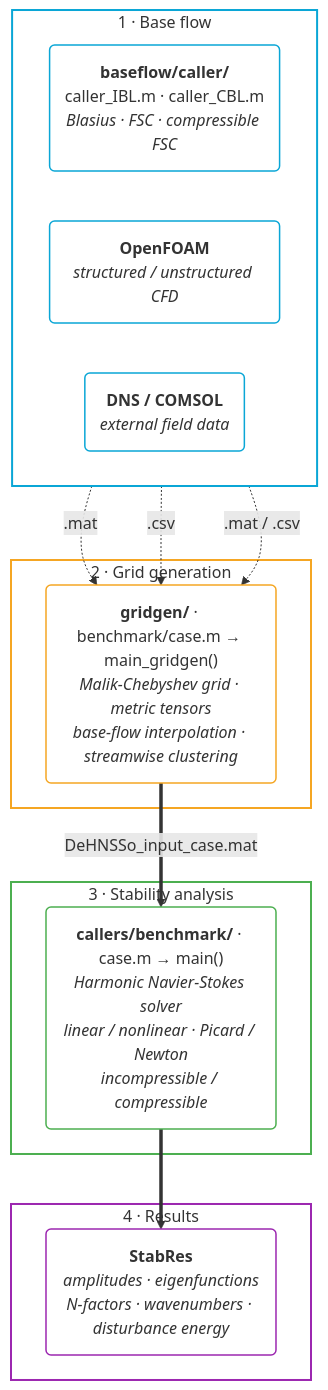
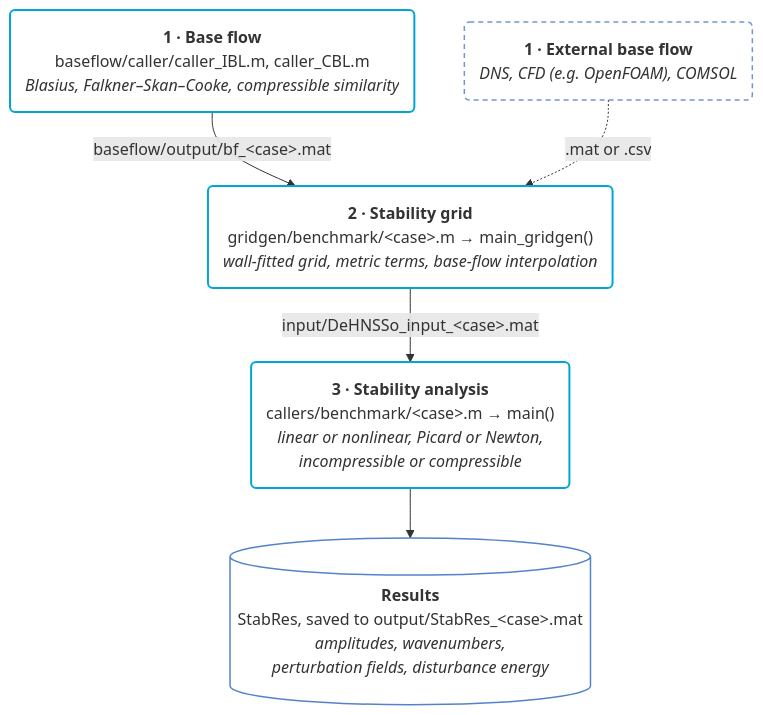
One commit to pcboldini/DeHNSSo changed the diagram in README.md. Above: the diagram before and after it, drawn with Mermaid. The commit also changed other lines of this file and 13 other files, not shown here.

````diff
--- a/README.md
+++ b/README.md
@@ -195,37 +108,18 @@
 ```mermaid
+%%{init: {"flowchart": {"wrappingWidth": 400}}}%%
 flowchart TD
-    classDef inNode fill:none,stroke:#0aa6d6,stroke-width:1.5px;
-    classDef gridNode fill:none,stroke:#f5a623,stroke-width:1.5px;
-    classDef solveNode fill:none,stroke:#4caf50,stroke-width:1.5px;
-    classDef outNode fill:none,stroke:#9c27b0,stroke-width:1.5px;
+    classDef step fill:none,stroke:#00A6D6,stroke-width:2px;
+    classDef ext fill:none,stroke:#6F96D1,stroke-width:1.5px,stroke-dasharray:5 4;
+    classDef res fill:none,stroke:#5583C9,stroke-width:1.5px;
 
-    subgraph S1 ["1 · Base flow"]
-        direction LR
-        IBL("<b>baseflow/caller/</b><br/>caller_IBL.m · caller_CBL.m<br/><i>Blasius · FSC · compressible FSC</i>"):::inNode
-        OF("<b>OpenFOAM</b><br/><i>structured / unstructured CFD</i>"):::inNode
-        DNS("<b>DNS / COMSOL</b><br/><i>external field data</i>"):::inNode
-    end
+    BL("<b>1 · Base flow</b><br/>baseflow/caller/caller_IBL.m, caller_CBL.m<br/><i>Blasius, Falkner–Skan–Cooke, compressible similarity</i>"):::step
+    EXT("<b>1 · External base flow</b><br/><i>DNS, CFD (e.g. OpenFOAM), COMSOL</i>"):::ext
+    GG("<b>2 · Stability grid</b><br/>gridgen/benchmark/&lt;case&gt;.m → main_gridgen()<br/><i>wall-fitted grid, metric terms, base-flow interpolation</i>"):::step
+    HNS("<b>3 · Stability analysis</b><br/>callers/benchmark/&lt;case&gt;.m → main()<br/><i>linear or nonlinear, Picard or Newton,<br/>incompressible or compressible</i>"):::step
+    RES[("<b>Results</b><br/>StabRes, saved to output/StabRes_&lt;case&gt;.mat<br/><i>amplitudes, wavenumbers,<br/>perturbation fields, disturbance energy</i>")]:::res
 
-    subgraph S2 ["2 · Grid generation"]
-        GG("<b>gridgen/</b> · benchmark/case.m → main_gridgen()<br/><i>Malik-Chebyshev grid · metric tensors<br/>base-flow interpolation · streamwise clustering</i>"):::gridNode
-    end
-
-    subgraph S3 ["3 · Stability analysis"]
-        HNS("<b>callers/benchmark/</b> · case.m → main()<br/><i>Harmonic Navier-Stokes solver<br/>linear / nonlinear · Picard / Newton<br/>incompressible / compressible</i>"):::solveNode
-    end
-
-    subgraph S4 ["4 · Results"]
-        RES("<b>StabRes</b><br/><i>amplitudes · eigenfunctions<br/>N-factors · wavenumbers · disturbance energy</i>"):::outNode
-    end
-
-    IBL -. ".mat" .-> GG
-    OF -. ".csv" .-> GG
-    DNS -. ".mat / .csv" .-> GG
-    GG == "DeHNSSo_input_case.mat" ==> HNS
-    HNS ==> RES
-
-    style S1 fill:none,stroke:#0aa6d6,stroke-width:2px
-    style S2 fill:none,stroke:#f5a623,stroke-width:2px
-    style S3 fill:none,stroke:#4caf50,stroke-width:2px
-    style S4 fill:none,stroke:#9c27b0,stroke-width:2px
+    BL -- "baseflow/output/bf_&lt;case&gt;.mat" --> GG
+    EXT -. ".mat or .csv" .-> GG
+    GG -- "input/DeHNSSo_input_&lt;case&gt;.mat" --> HNS
+    HNS --> RES
 ```
````
